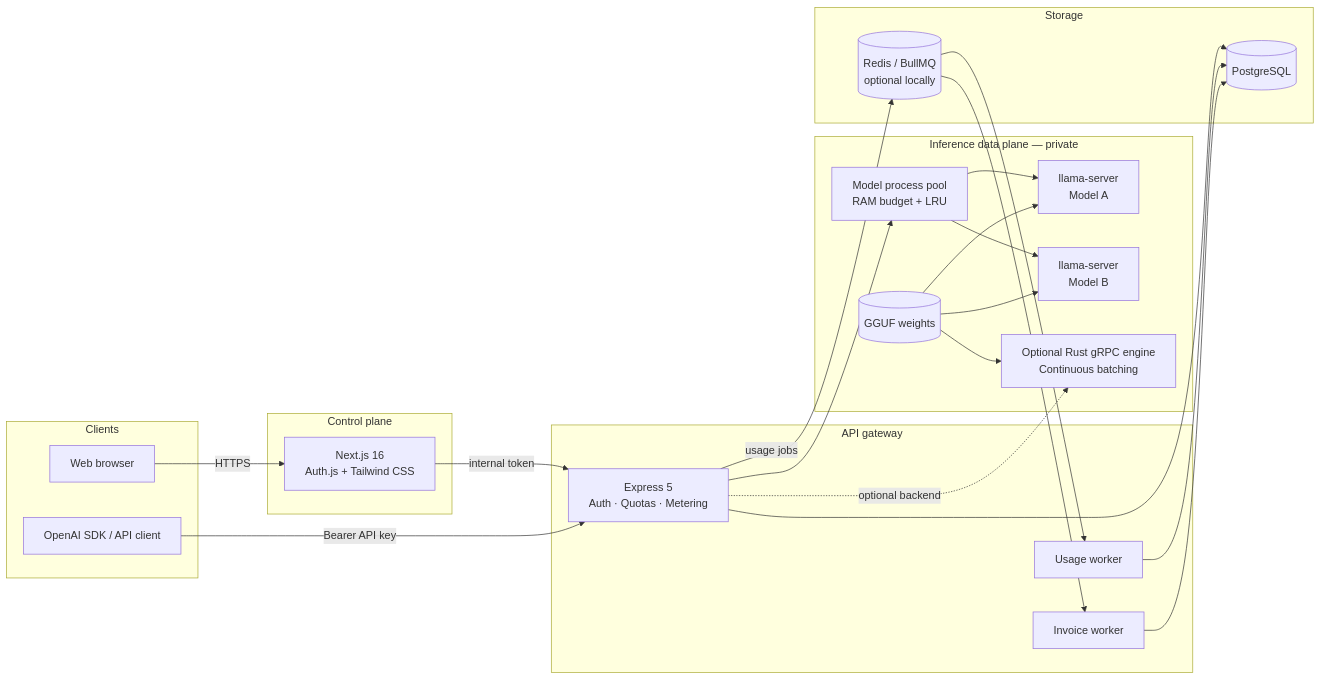
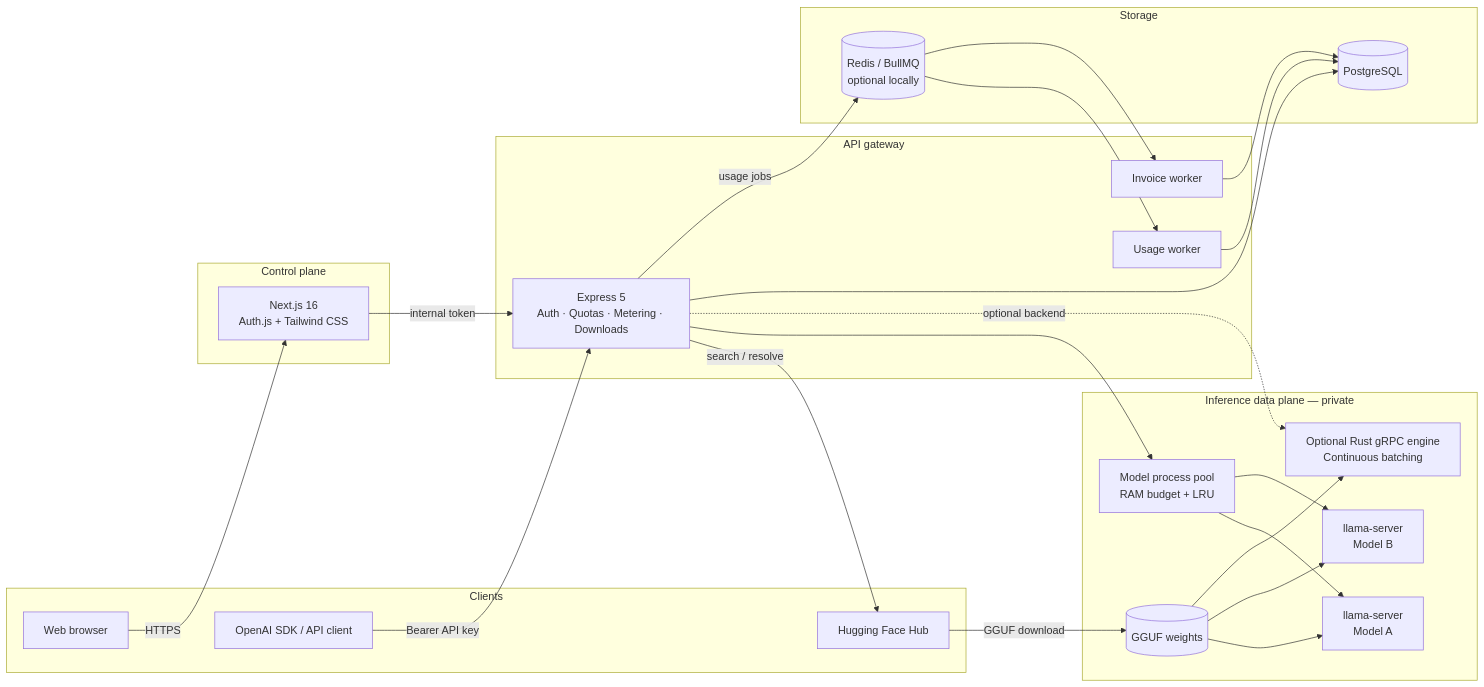
The first of 4 diagrams in README.md (ShahjahanAli/modelforge.ai), drawn with Mermaid before and after one commit. The commit also changed other lines of this file and 31 other files, not shown here.

````diff
--- a/README.md
+++ b/README.md
@@ -57,47 +63,50 @@
 ```mermaid
 flowchart LR
     subgraph Clients
         Browser[Web browser]
         SDK[OpenAI SDK / API client]
+        HF[Hugging Face Hub]
     end
 
     subgraph ControlPlane["Control plane"]
         Web["Next.js 16<br/>Auth.js + Tailwind CSS"]
     end
 
     subgraph GatewayPlane["API gateway"]
-        Gateway["Express 5<br/>Auth · Quotas · Metering"]
+        Gateway["Express 5<br/>Auth · Quotas · Metering · Downloads"]
         UsageWorker["Usage worker"]
         InvoiceWorker["Invoice worker"]
     end
 
     subgraph DataPlane["Inference data plane — private"]
         Pool["Model process pool<br/>RAM budget + LRU"]
         LlamaA["llama-server<br/>Model A"]
         LlamaB["llama-server<br/>Model B"]
         Rust["Optional Rust gRPC engine<br/>Continuous batching"]
         Weights[("GGUF weights")]
     end
 
     subgraph Storage
         Postgres[("PostgreSQL")]
         Redis[("Redis / BullMQ<br/>optional locally")]
     end
 
     Browser -->|HTTPS| Web
     Web -->|internal token| Gateway
     SDK -->|Bearer API key| Gateway
+    Gateway -->|search / resolve| HF
+    HF -->|GGUF download| Weights
     Gateway --> Pool
     Pool --> LlamaA
     Pool --> LlamaB
     Gateway -. optional backend .-> Rust
     Weights --> LlamaA
     Weights --> LlamaB
     Weights --> Rust
     Gateway --> Postgres
     Gateway -->|usage jobs| Redis
     Redis --> UsageWorker
     Redis --> InvoiceWorker
     UsageWorker --> Postgres
     InvoiceWorker --> Postgres
 ```
````
